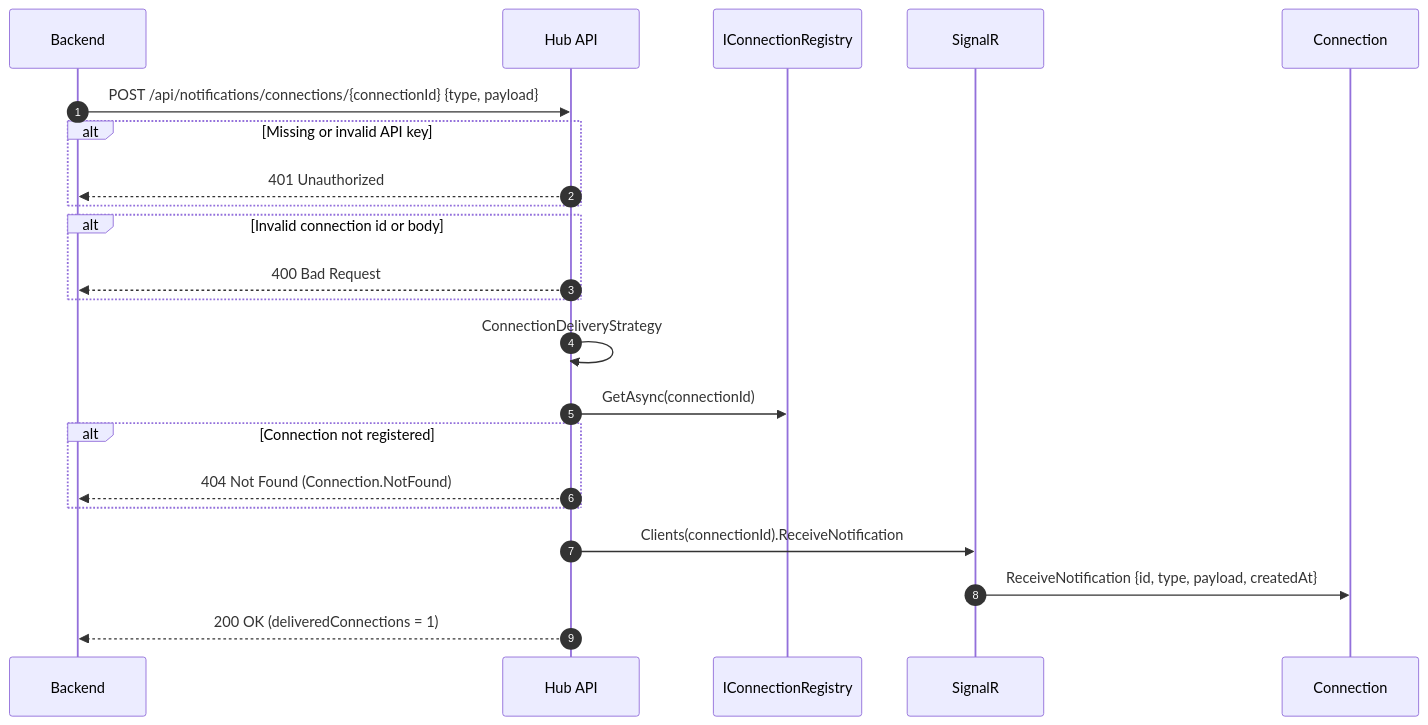
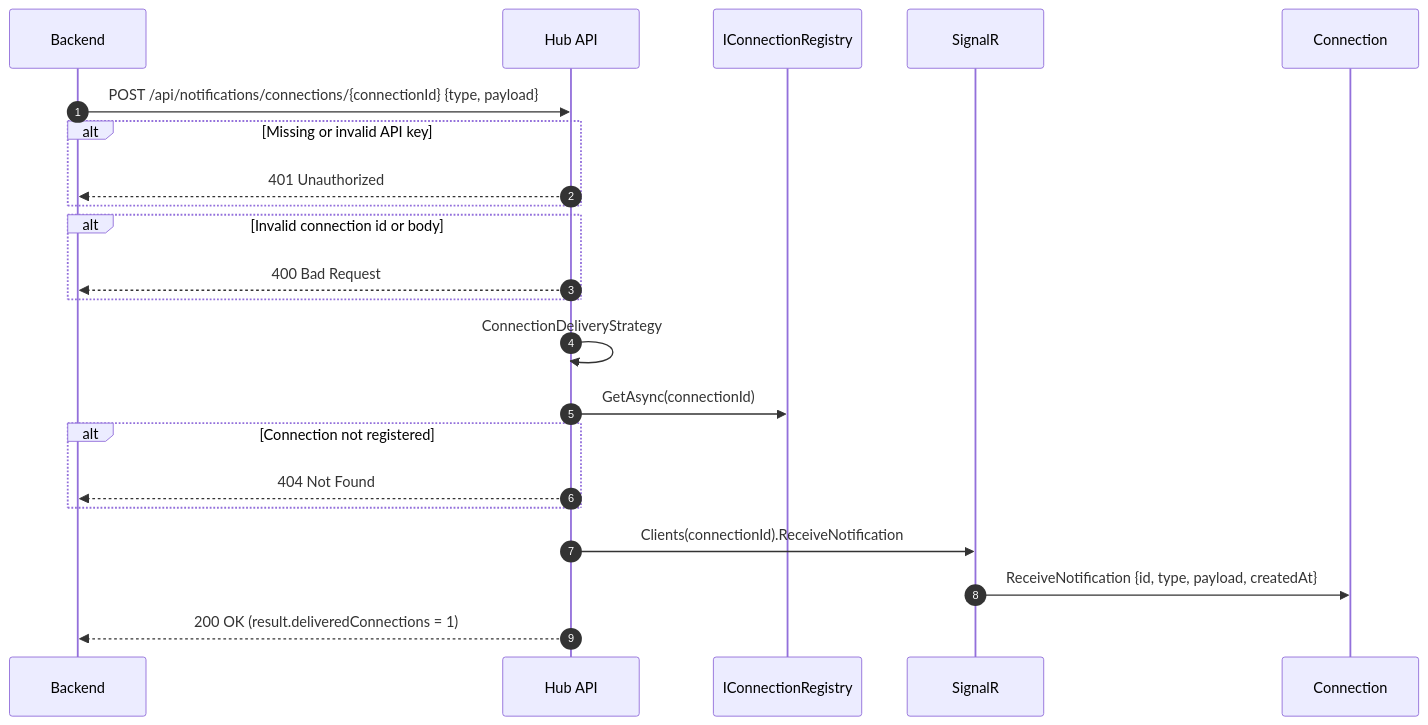
The third of 4 diagrams in README.md (Judamaro/signalrhub-dotnet), drawn with Mermaid before and after one commit. The commit also changed other lines of this file and 11 other files, not shown here.

````diff
--- a/README.md
+++ b/README.md
@@ -209,25 +217,25 @@
 ```mermaid
 sequenceDiagram
     autonumber
     participant Backend
     participant API as Hub API
     participant Registry as IConnectionRegistry
     participant Hub as SignalR
     participant Connection
 
     Backend->>API: POST /api/notifications/connections/{connectionId} {type, payload}
     alt Missing or invalid API key
         API-->>Backend: 401 Unauthorized
     end
     alt Invalid connection id or body
         API-->>Backend: 400 Bad Request
     end
     API->>API: ConnectionDeliveryStrategy
     API->>Registry: GetAsync(connectionId)
     alt Connection not registered
-        API-->>Backend: 404 Not Found (Connection.NotFound)
+        API-->>Backend: 404 Not Found
     end
     API->>Hub: Clients(connectionId).ReceiveNotification
     Hub->>Connection: ReceiveNotification {id, type, payload, createdAt}
-    API-->>Backend: 200 OK (deliveredConnections = 1)
+    API-->>Backend: 200 OK (result.deliveredConnections = 1)
 ```
````
